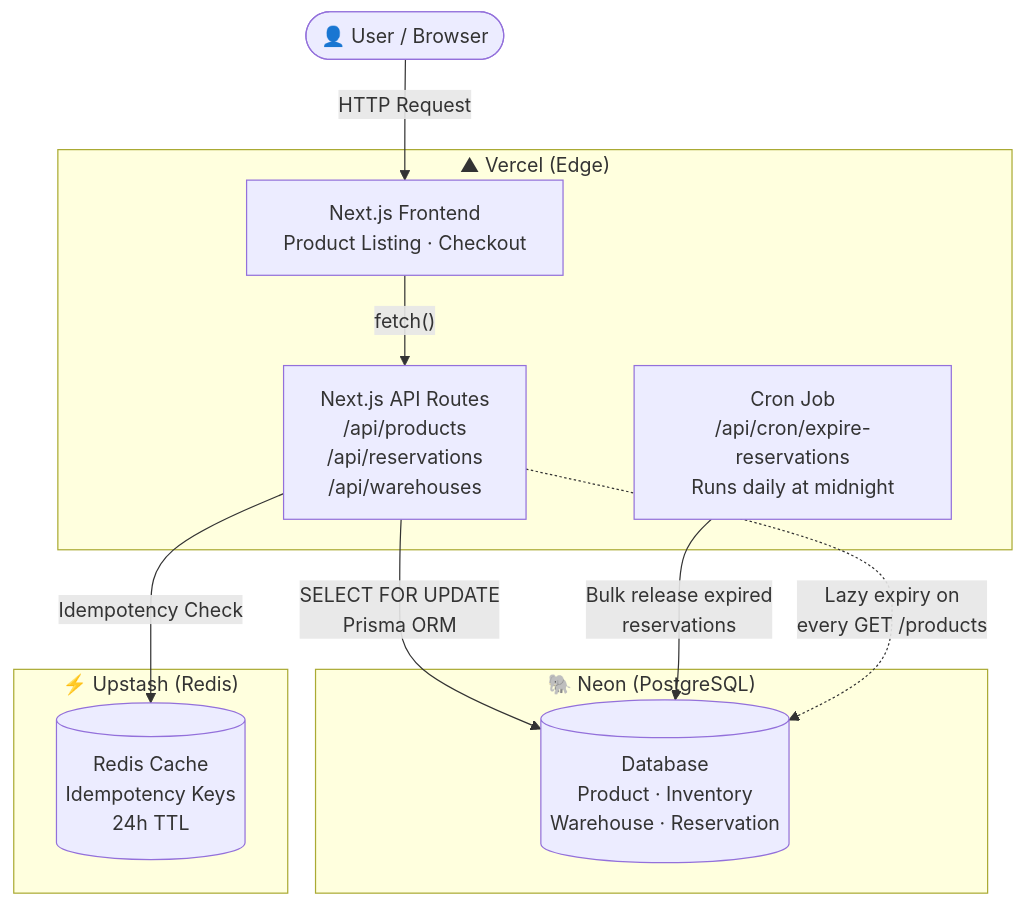
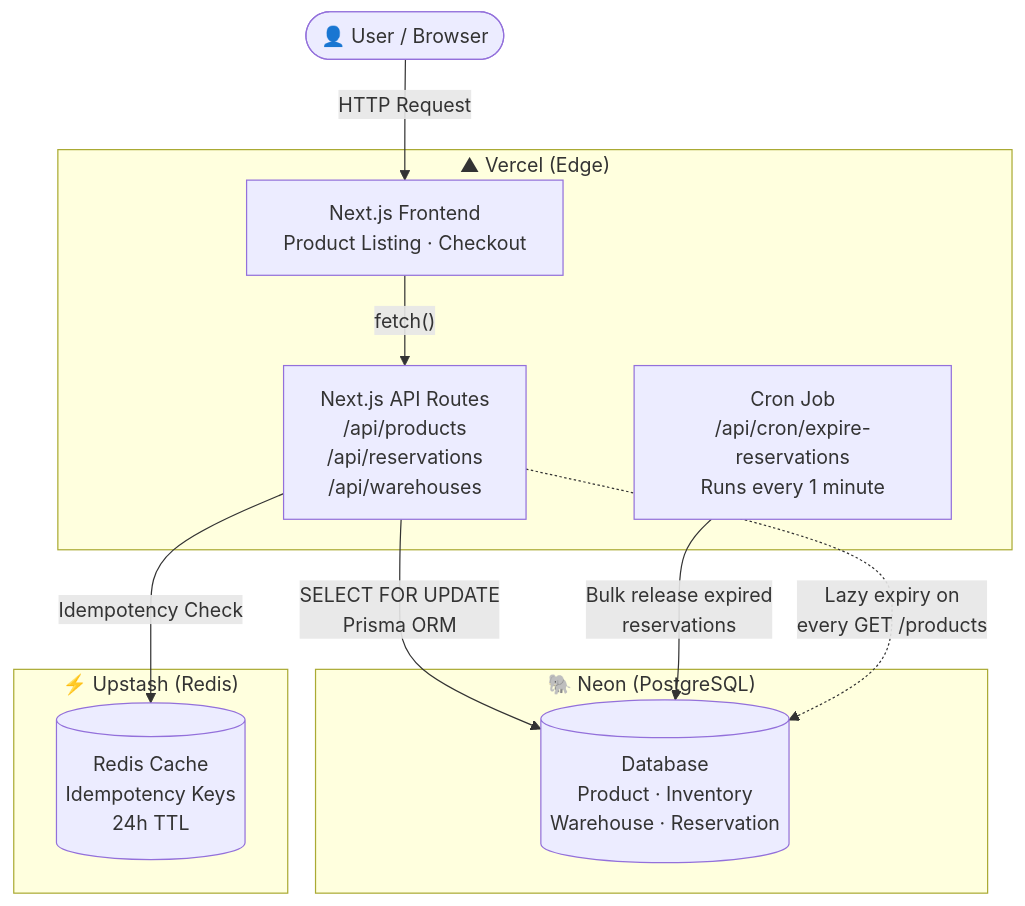
Before and after one commit to Smatypradish/allo-inventory: the diagram in README.md, drawn with Mermaid.

Commit message:
docs: fix cron label in README Mermaid diagram

````diff
--- a/README.md
+++ b/README.md
@@ -13,25 +13,25 @@
 ```mermaid
 flowchart TD
     User(["👤 User / Browser"])
 
     subgraph Vercel ["▲ Vercel (Edge)"]
         UI["Next.js Frontend\nProduct Listing · Checkout"]
         API["Next.js API Routes\n/api/products\n/api/reservations\n/api/warehouses"]
-        CRON["Cron Job\n/api/cron/expire-reservations\nRuns daily at midnight"]
+        CRON["Cron Job\n/api/cron/expire-reservations\nRuns every 1 minute"]
     end
 
     subgraph Neon ["🐘 Neon (PostgreSQL)"]
         DB[("Database\nProduct · Inventory\nWarehouse · Reservation")]
     end
 
     subgraph Upstash ["⚡ Upstash (Redis)"]
         REDIS[("Redis Cache\nIdempotency Keys\n24h TTL")]
     end
 
     User -->|"HTTP Request"| UI
     UI -->|"fetch()"| API
     API -->|"SELECT FOR UPDATE\nPrisma ORM"| DB
     API -->|"Idempotency Check"| REDIS
     CRON -->|"Bulk release expired\nreservations"| DB
     API -.->|"Lazy expiry on\nevery GET /products"| DB
 ```
````
